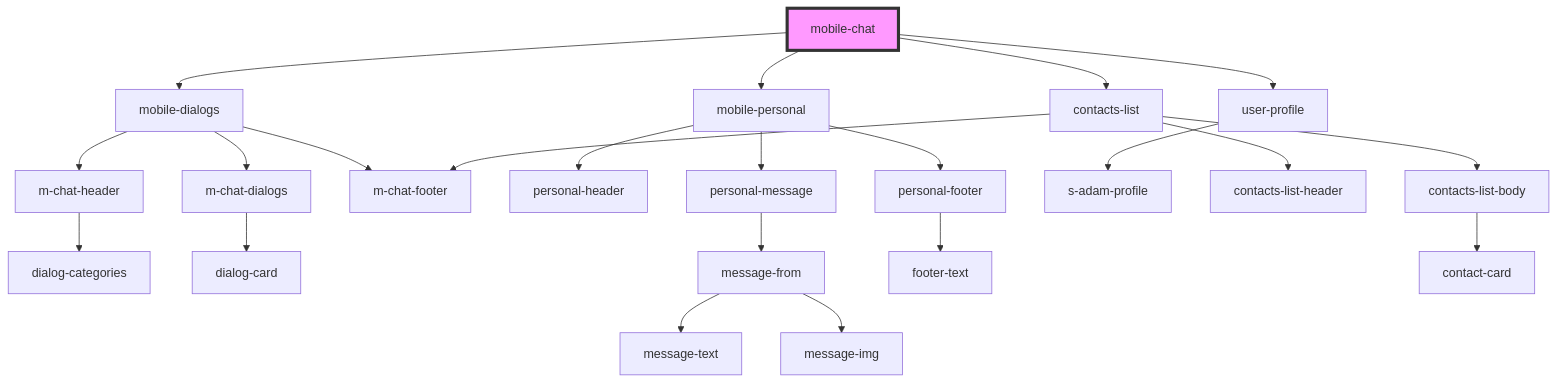
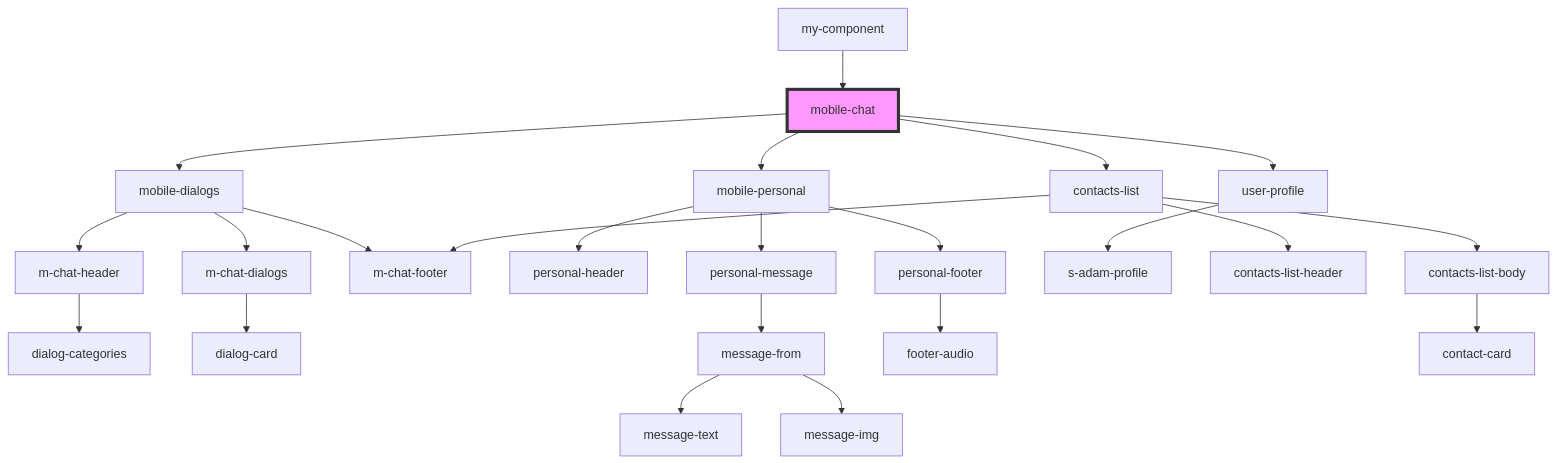
One commit to saqhan/stencil-chat changed the diagram in src/components/mobile/mobile-chat/readme.md. Above: the diagram before and after it, drawn with Mermaid. The commit also changed other lines of this file and 27 other files, not shown here.

````diff
--- a/src/components/mobile/mobile-chat/readme.md
+++ b/src/components/mobile/mobile-chat/readme.md
@@ -18,25 +22,26 @@
 ```mermaid
 graph TD;
   mobile-chat --> mobile-dialogs
   mobile-chat --> mobile-personal
   mobile-chat --> user-profile
   mobile-chat --> contacts-list
   mobile-dialogs --> m-chat-header
   mobile-dialogs --> m-chat-dialogs
   mobile-dialogs --> m-chat-footer
   m-chat-header --> dialog-categories
   m-chat-dialogs --> dialog-card
   mobile-personal --> personal-header
   mobile-personal --> personal-message
   mobile-personal --> personal-footer
   personal-message --> message-from
   message-from --> message-text
   message-from --> message-img
-  personal-footer --> footer-text
+  personal-footer --> footer-audio
   user-profile --> s-adam-profile
   contacts-list --> contacts-list-header
   contacts-list --> contacts-list-body
   contacts-list --> m-chat-footer
   contacts-list-body --> contact-card
+  my-component --> mobile-chat
   style mobile-chat fill:#f9f,stroke:#333,stroke-width:4px
 ```
````
